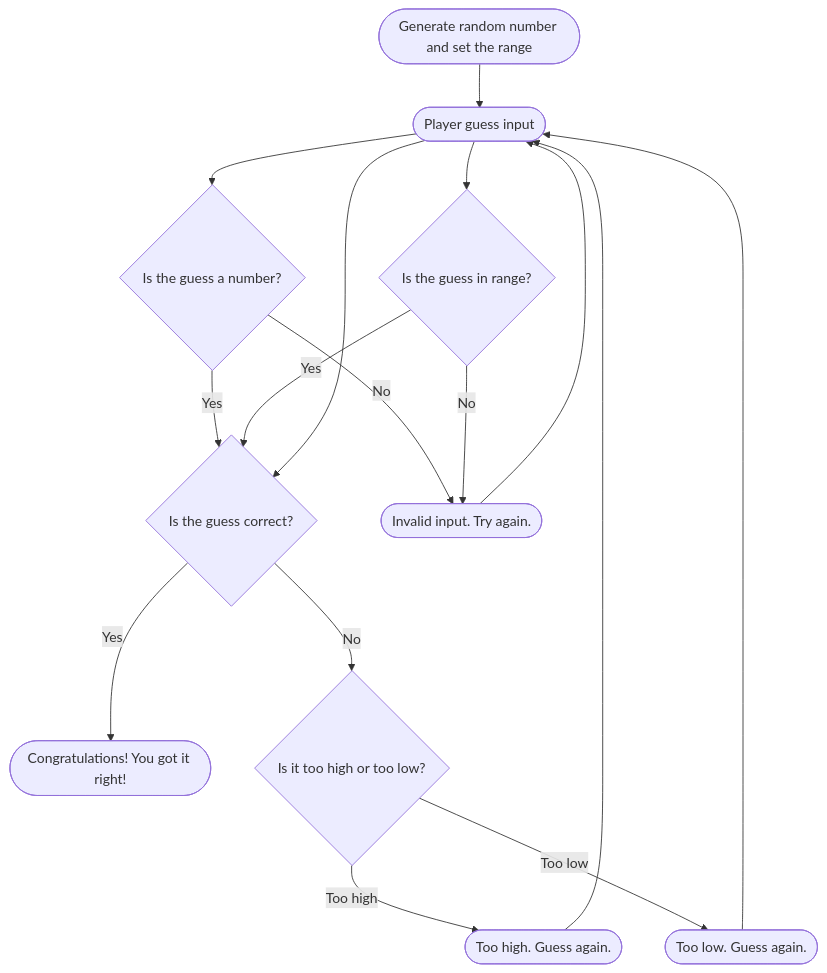
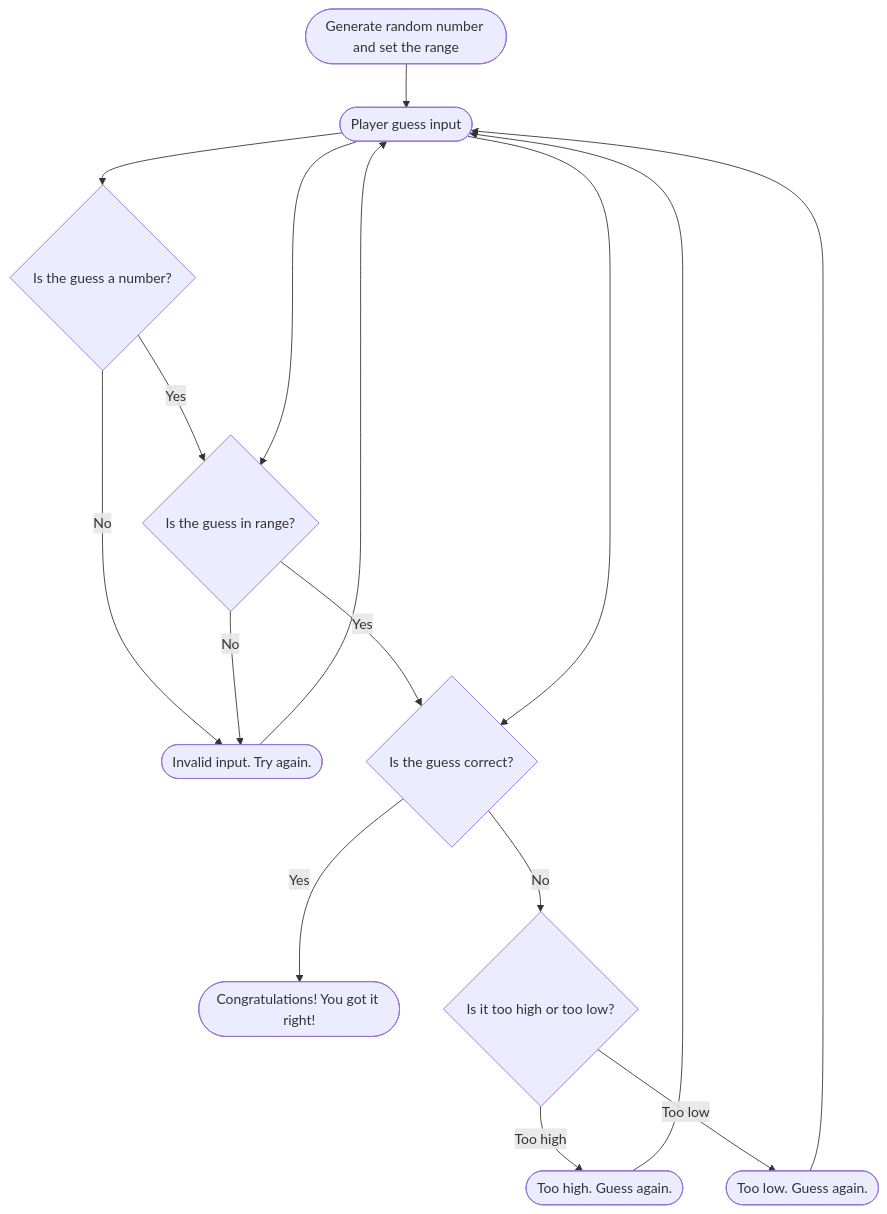
Before and after one commit to bronsonacademy/bronsonacademy.github.io: the diagram in Guessing.md, drawn with Mermaid.

````diff
--- a/Guessing.md
+++ b/Guessing.md
@@ -4,15 +4,15 @@
 ```mermaid
 flowchart TD
  A([Generate random number and set the range]) --> B([Player guess input])
  B --> H@{ shape: diamond, label: "Is the guess a number?" }
- H -- Yes --> C
+ H -- Yes --> J
  H -- No --> I([Invalid input. Try again.]) --> B
  B --> J@{ shape: diamond, label: "Is the guess in range?" }
  J -- Yes --> C
  J -- No --> I
  B --> C@{ shape: diamond, label: "Is the guess correct?" }
  C -- Yes --> D([Congratulations! You got it right!])
  C -- No --> E@{ shape: diamond, label: "Is it too high or too low?" }
  E -- Too high --> F([Too high. Guess again.]) --> B
  E -- Too low --> G([Too low. Guess again.]) --> B
 ```
````
